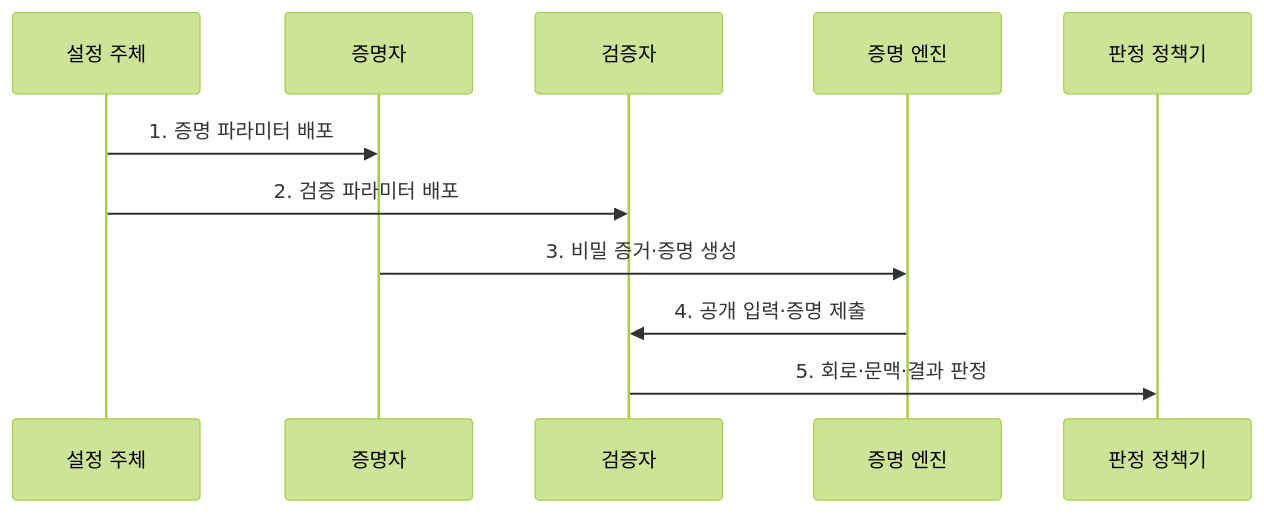
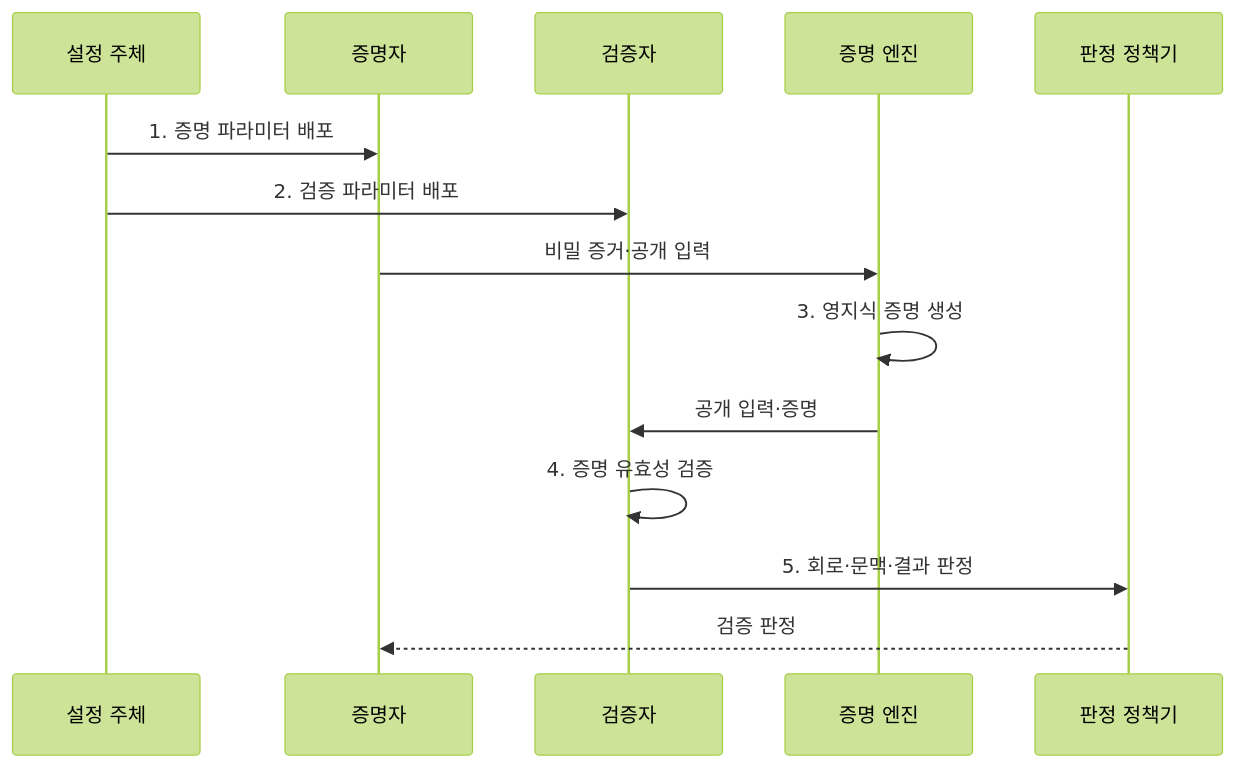
Before and after one commit to agnusdei1207/knowledge-base: the second of 2 diagrams in src/content/docs/notes/05-security/016_zero_knowledge_proof.md, drawn with Mermaid (forest theme). The commit also changed other lines of this file and 20 other files, not shown here.

````diff
--- a/src/content/docs/notes/05-security/016_zero_knowledge_proof.md
+++ b/src/content/docs/notes/05-security/016_zero_knowledge_proof.md
@@ -91,13 +91,16 @@
 ```mermaid
 sequenceDiagram
     participant S as 설정 주체
     participant P as 증명자
     participant V as 검증자
     participant E as 증명 엔진
     participant D as 판정 정책기
     S->>P: 1. 증명 파라미터 배포
     S->>V: 2. 검증 파라미터 배포
-    P->>E: 3. 비밀 증거·증명 생성
-    E->>V: 4. 공개 입력·증명 제출
+    P->>E: 비밀 증거·공개 입력
+    E->>E: 3. 영지식 증명 생성
+    E->>V: 공개 입력·증명
+    V->>V: 4. 증명 유효성 검증
     V->>D: 5. 회로·문맥·결과 판정
+    D-->>P: 검증 판정
 ```
````
